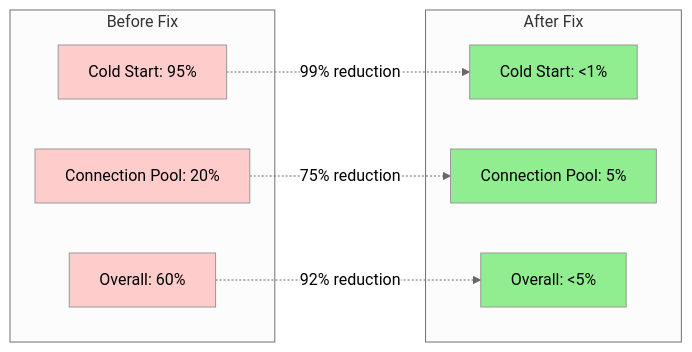
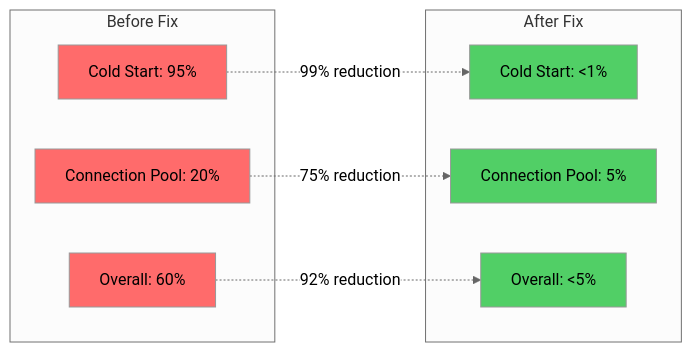
Before and after one commit to manumishra-zm/execution_plan: diagram 15 of 21 in latency_fix_plan/latency.md, drawn with Mermaid (neutral theme). The commit also changed other lines of this file, not shown here.

````diff
--- a/latency_fix_plan/latency.md
+++ b/latency_fix_plan/latency.md
@@ -907,25 +907,25 @@
 ```mermaid
 graph LR
     subgraph "Before Fix"
         B1[Cold Start: 95%]
         B2[Connection Pool: 20%]
         B3[Overall: 60%]
     end
 
     subgraph "After Fix"
         A1[Cold Start: <1%]
         A2[Connection Pool: 5%]
         A3[Overall: <5%]
     end
 
     B1 -.->|99% reduction| A1
     B2 -.->|75% reduction| A2
     B3 -.->|92% reduction| A3
 
-    style B1 fill:#ffcccc
-    style B2 fill:#ffcccc
-    style B3 fill:#ffcccc
-    style A1 fill:#90EE90
-    style A2 fill:#90EE90
-    style A3 fill:#90EE90
+    style B1 fill:#ff6b6b
+    style B2 fill:#ff6b6b
+    style B3 fill:#ff6b6b
+    style A1 fill:#51cf66
+    style A2 fill:#51cf66
+    style A3 fill:#51cf66
 ```
````
